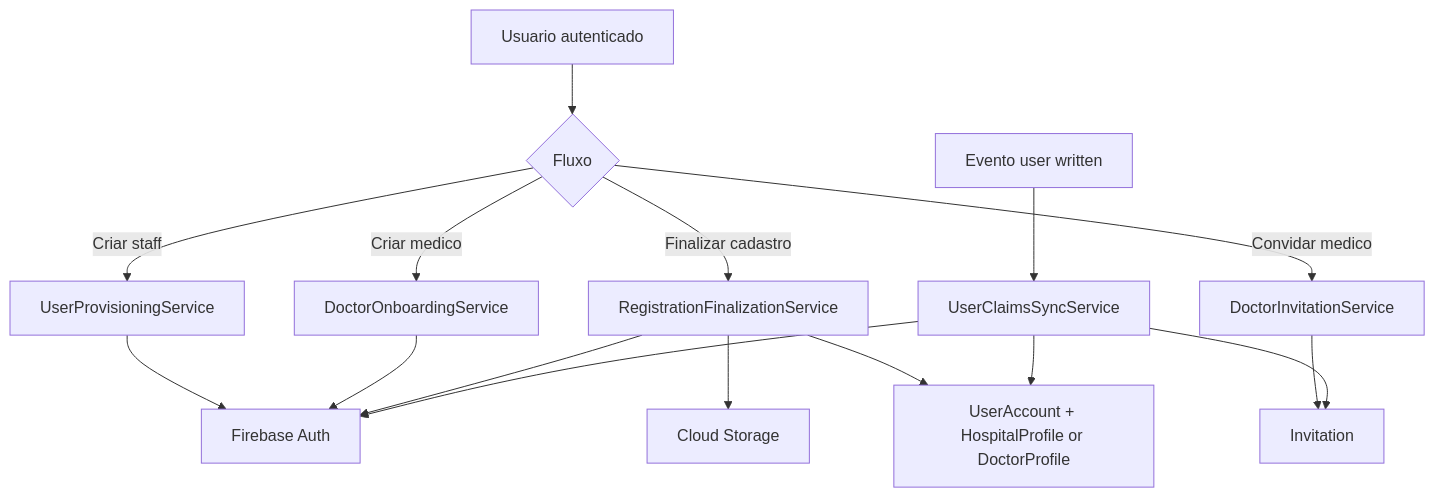
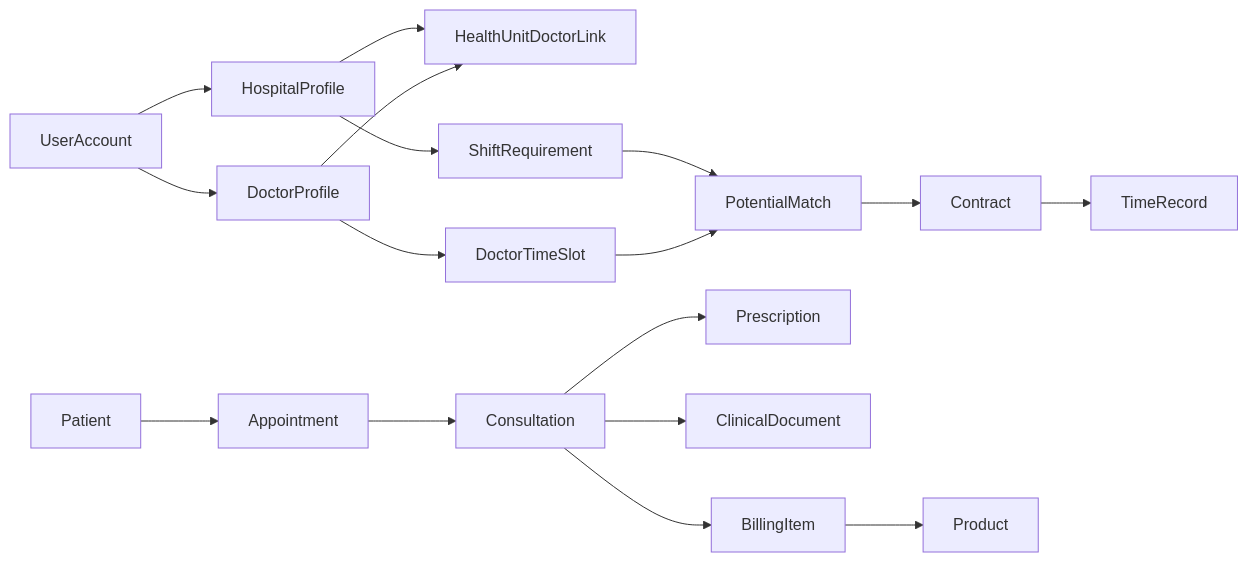
Before and after one commit to thousandtws-tech/tws-fht-clinca-b2y: the second of 7 diagrams in org.tws.by2/docs/backend-java-fluxo.md, drawn with Mermaid. The commit also changed other lines of this file, not shown here.

Commit message:
(docs): upgrade doc backend-java-fluxo

````diff
--- a/org.tws.by2/docs/backend-java-fluxo.md
+++ b/org.tws.by2/docs/backend-java-fluxo.md
@@ -406,21 +411,19 @@
 ```mermaid
-flowchart TD
-  A[Usuario autenticado] --> B{Fluxo}
-  B -->|Criar staff| C[UserProvisioningService]
-  B -->|Criar medico| D[DoctorOnboardingService]
-  B -->|Finalizar cadastro| E[RegistrationFinalizationService]
-  B -->|Convidar medico| F[DoctorInvitationService]
-
-  C --> G[Firebase Auth]
-  D --> G
-  E --> G
-
-  E --> H[Cloud Storage]
-  E --> I[UserAccount + HospitalProfile or DoctorProfile]
-  F --> J[Invitation]
-
-  K[Evento user written] --> L[UserClaimsSyncService]
-  L --> G
-  L --> I
-  L --> J
+flowchart LR
+  U[UserAccount] --> H[HospitalProfile]
+  U --> D[DoctorProfile]
+  H --> L[HealthUnitDoctorLink]
+  D --> L
+  H --> SR[ShiftRequirement]
+  D --> TS[DoctorTimeSlot]
+  SR --> PM[PotentialMatch]
+  TS --> PM
+  PM --> C[Contract]
+  C --> TR[TimeRecord]
+  P[Patient] --> A[Appointment]
+  A --> CS[Consultation]
+  CS --> PR[Prescription]
+  CS --> CD[ClinicalDocument]
+  CS --> BI[BillingItem]
+  BI --> PD[Product]
 ```
````
